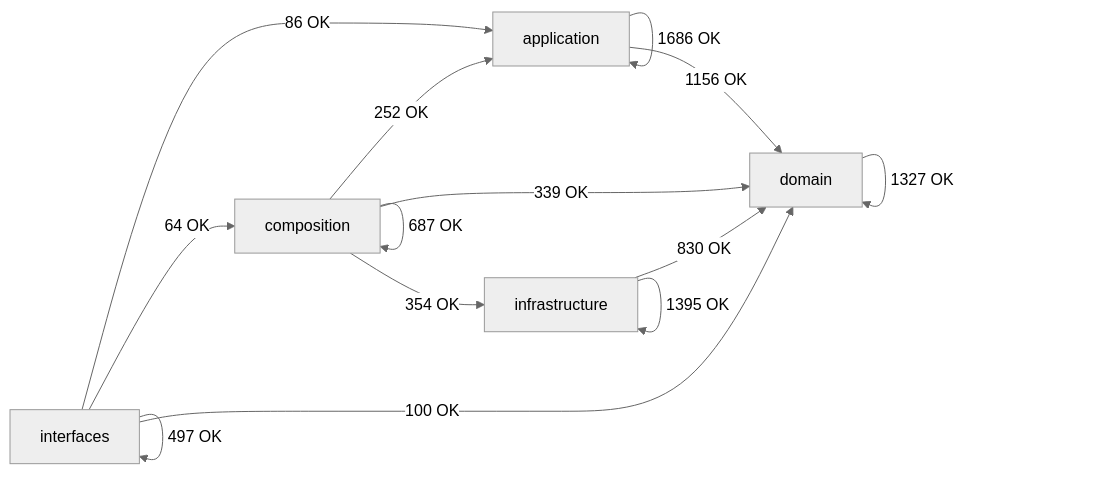
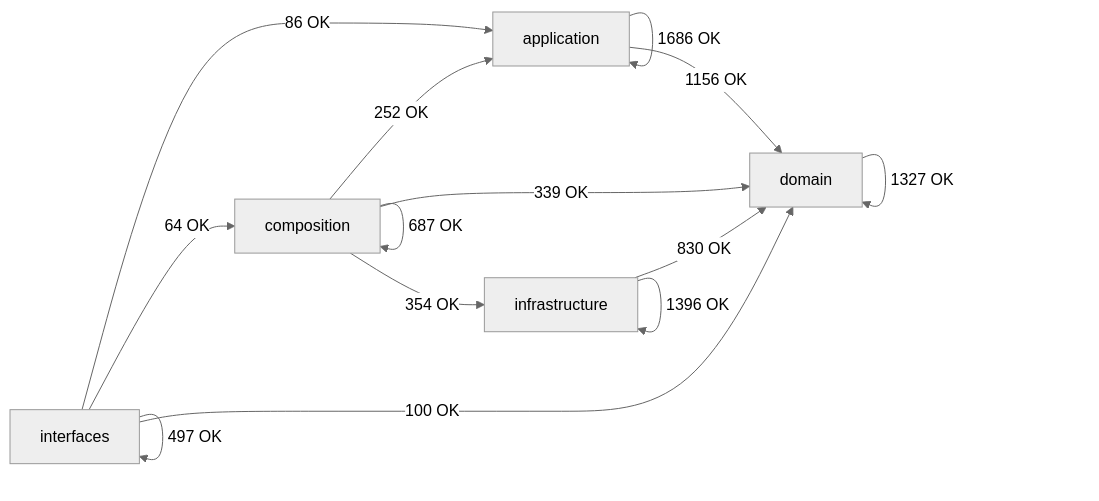
The diagram in docs/02-architecture/generated/module-dependency-map.md (SatoryKono/BioactivityDataAcquisition), drawn with Mermaid (neutral theme) before and after one commit. The commit also changed other lines of this file and 3 other files, not shown here.

````diff
--- a/docs/02-architecture/generated/module-dependency-map.md
+++ b/docs/02-architecture/generated/module-dependency-map.md
@@ -17,21 +17,21 @@
 ```mermaid
 flowchart LR
     domain[domain]
     application[application]
     infrastructure[infrastructure]
     composition[composition]
     interfaces[interfaces]
     application -->|1686 OK| application
     application -->|1156 OK| domain
     composition -->|252 OK| application
     composition -->|687 OK| composition
     composition -->|339 OK| domain
     composition -->|354 OK| infrastructure
     domain -->|1327 OK| domain
     infrastructure -->|830 OK| domain
-    infrastructure -->|1395 OK| infrastructure
+    infrastructure -->|1396 OK| infrastructure
     interfaces -->|86 OK| application
     interfaces -->|64 OK| composition
     interfaces -->|100 OK| domain
     interfaces -->|497 OK| interfaces
 ```
````
